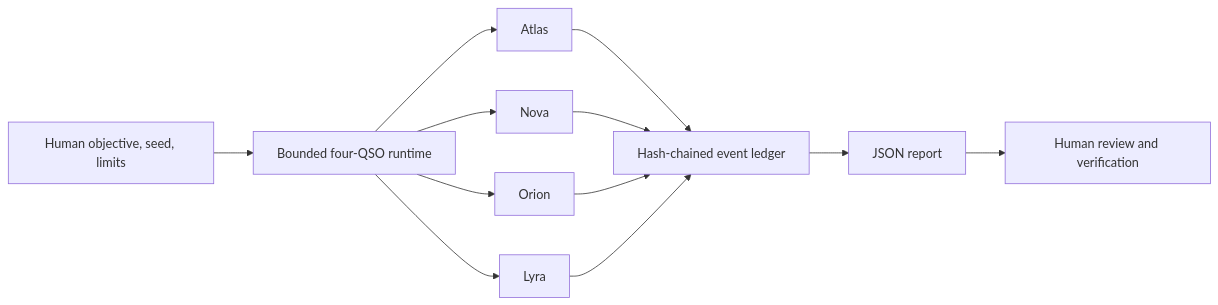
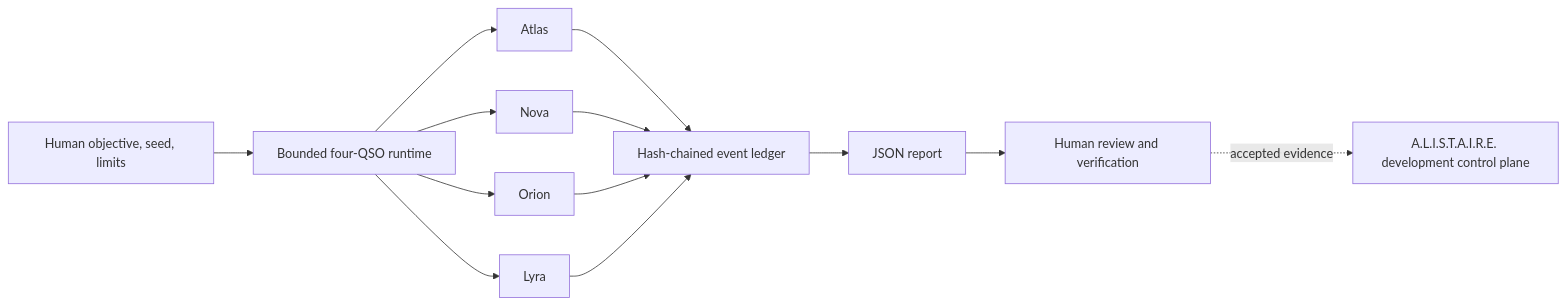
One commit to aevespers2/QSO-FABRIC changed the diagram in README.md. Above: the diagram before and after it, drawn with Mermaid. The commit also changed other lines of this file, not shown here.

````diff
--- a/README.md
+++ b/README.md
@@ -32,14 +38,15 @@
 ```mermaid
 flowchart LR
     H[Human objective, seed, limits] --> R[Bounded four-QSO runtime]
     R --> A[Atlas]
     R --> N[Nova]
     R --> O[Orion]
     R --> L[Lyra]
     A --> E[Hash-chained event ledger]
     N --> E
     O --> E
     L --> E
     E --> J[JSON report]
     J --> V[Human review and verification]
+    V -. accepted evidence .-> C[A.L.I.S.T.A.I.R.E. development control plane]
 ```
````
